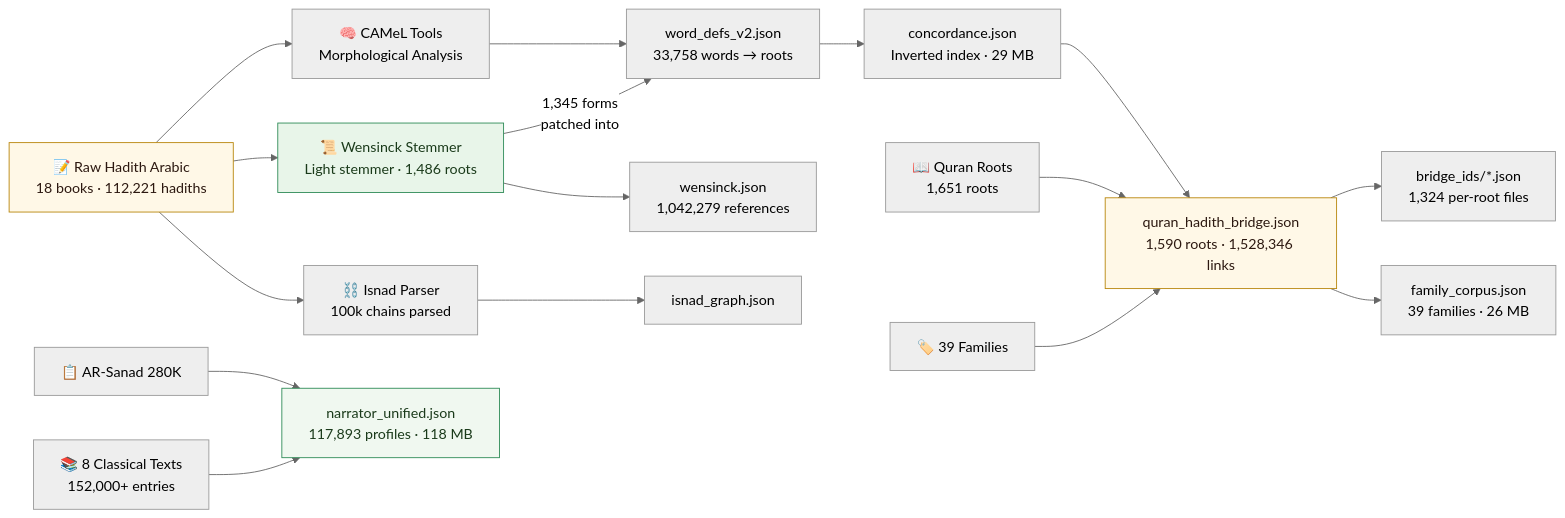
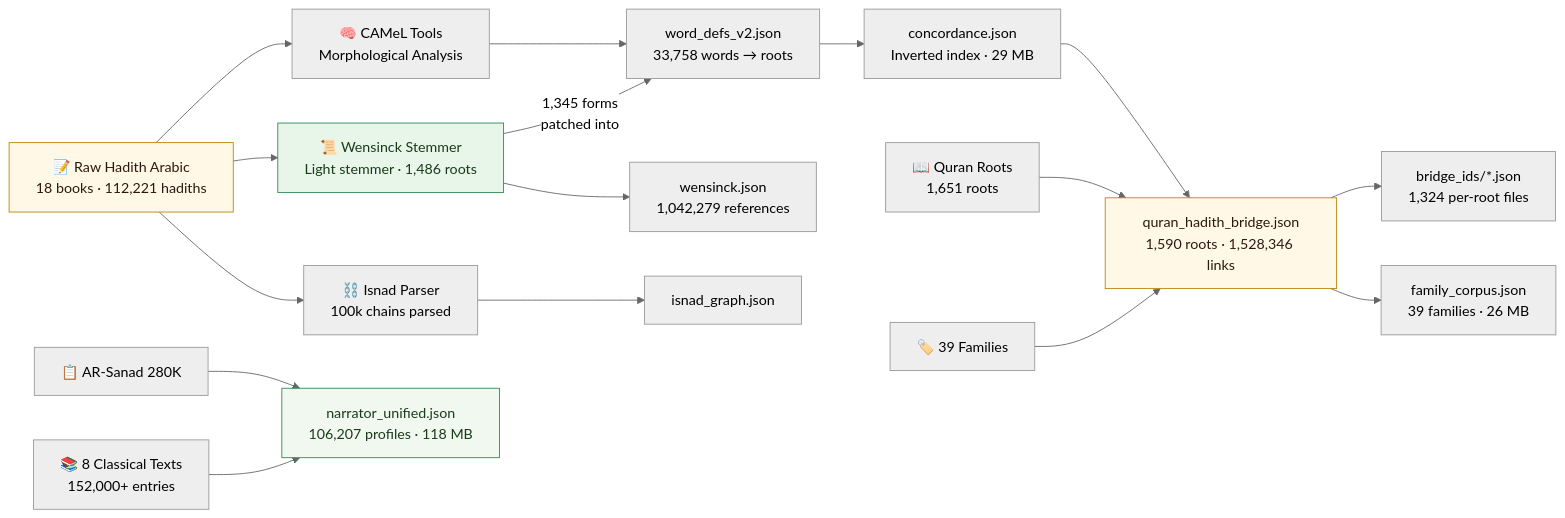
Before and after one commit to R3GENESI5/hadith: the second of 3 diagrams in README.md, drawn with Mermaid (neutral theme). The commit also changed other lines of this file and 11 other files, not shown here.

````diff
--- a/README.md
+++ b/README.md
@@ -818,26 +818,26 @@
 ```mermaid
 graph LR
     RAW["📝 Raw Hadith Arabic<br/>18 books · 112,221 hadiths"] --> CAMEL["🧠 CAMeL Tools<br/>Morphological Analysis"]
     CAMEL --> WD["word_defs_v2.json<br/>33,758 words → roots"]
     WD --> CONC["concordance.json<br/>Inverted index · 29 MB"]
     CONC --> BRIDGE["quran_hadith_bridge.json<br/>1,590 roots · 1,528,346 links"]
 
     RAW --> WENSINCK["📜 Wensinck Stemmer<br/>Light stemmer · 1,486 roots"]
     WENSINCK --> |"1,345 forms<br/>patched into"| WD
     WENSINCK --> WJSON["wensinck.json<br/>1,042,279 references"]
 
     QROOTS["📖 Quran Roots<br/>1,651 roots"] --> BRIDGE
     FAMILIES["🏷️ 39 Families"] --> BRIDGE
     BRIDGE --> BIDS["bridge_ids/*.json<br/>1,324 per-root files"]
     BRIDGE --> FCORP["family_corpus.json<br/>39 families · 26 MB"]
 
     RAW --> ISNAD["⛓️ Isnad Parser<br/>100k chains parsed"]
     ISNAD --> IG["isnad_graph.json"]
-    ARSANAD["📋 AR-Sanad 280K"] --> UNIFIED["narrator_unified.json<br/>117,893 profiles · 118 MB"]
+    ARSANAD["📋 AR-Sanad 280K"] --> UNIFIED["narrator_unified.json<br/>106,207 profiles · 118 MB"]
     OPENITI["📚 8 Classical Texts<br/>152,000+ entries"] --> UNIFIED
 
     style RAW fill:#fff8e7,stroke:#b8860b,color:#2c1810
     style BRIDGE fill:#fff8e7,stroke:#b8860b,color:#2c1810
     style UNIFIED fill:#f0f8f0,stroke:#2e8b57,color:#1a3a1a
     style WENSINCK fill:#e8f5e9,stroke:#2e8b57,color:#1a3a1a
 ```
````
